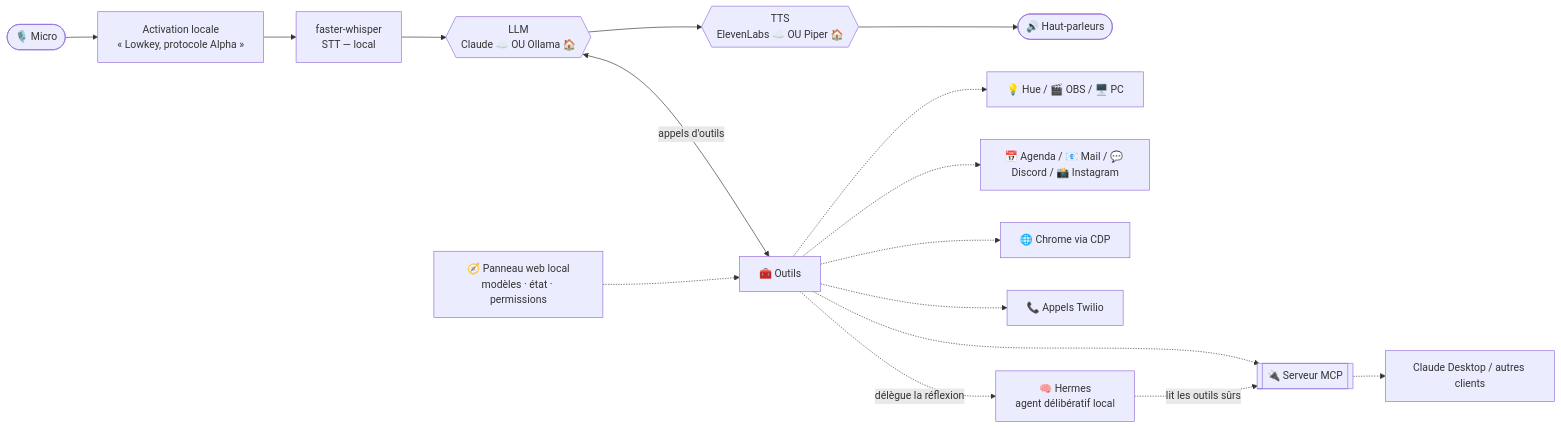
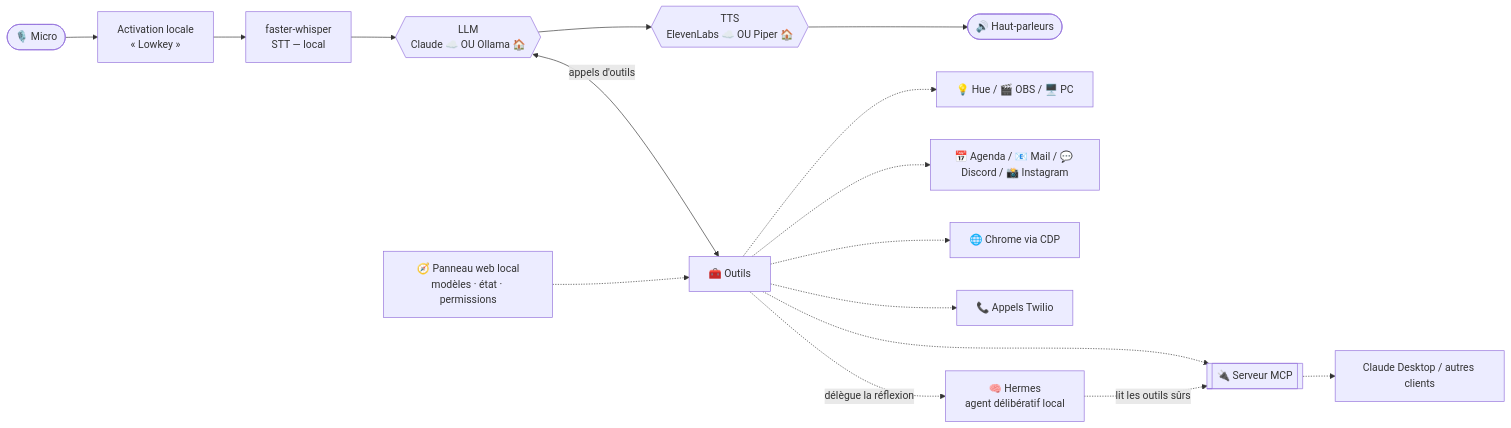
The diagram in README.md (Wissko/jarvis-assistant-vocal), drawn with Mermaid before and after one commit. The commit also changed other lines of this file and 6 other files, not shown here.

````diff
--- a/README.md
+++ b/README.md
@@ -67,19 +67,19 @@
 ```mermaid
 flowchart LR
-    Mic([🎙️ Micro]) --> WW[Activation locale<br/>« Lowkey, protocole Alpha »]
+    Mic([🎙️ Micro]) --> WW[Activation locale<br/>« Lowkey »]
     WW --> STT[faster-whisper<br/>STT — local]
     STT --> LLM{{LLM<br/>Claude ☁️ OU Ollama 🏠}}
     LLM <-->|appels d'outils| TOOLS[🧰 Outils]
     LLM --> TTS{{TTS<br/>ElevenLabs ☁️ OU Piper 🏠}}
     TTS --> SPK([🔊 Haut-parleurs])
 
     TOOLS -.-> HOME[💡 Hue / 🎬 OBS / 🖥️ PC]
     TOOLS -.-> NET[📅 Agenda / 📧 Mail / 💬 Discord / 📸 Instagram]
     TOOLS -.-> CDP[🌐 Chrome via CDP]
     TOOLS -.-> TW[📞 Appels Twilio]
     TOOLS -.->|délègue la réflexion| HERMES[🧠 Hermes<br/>agent délibératif local]
     TOOLS -.-> MCP[[🔌 Serveur MCP]]
     HERMES -.->|lit les outils sûrs| MCP
     MCP -.-> EXT[Claude Desktop / autres clients]
     PANEL[🧭 Panneau web local<br/>modèles · état · permissions] -.-> TOOLS
 ```
````
